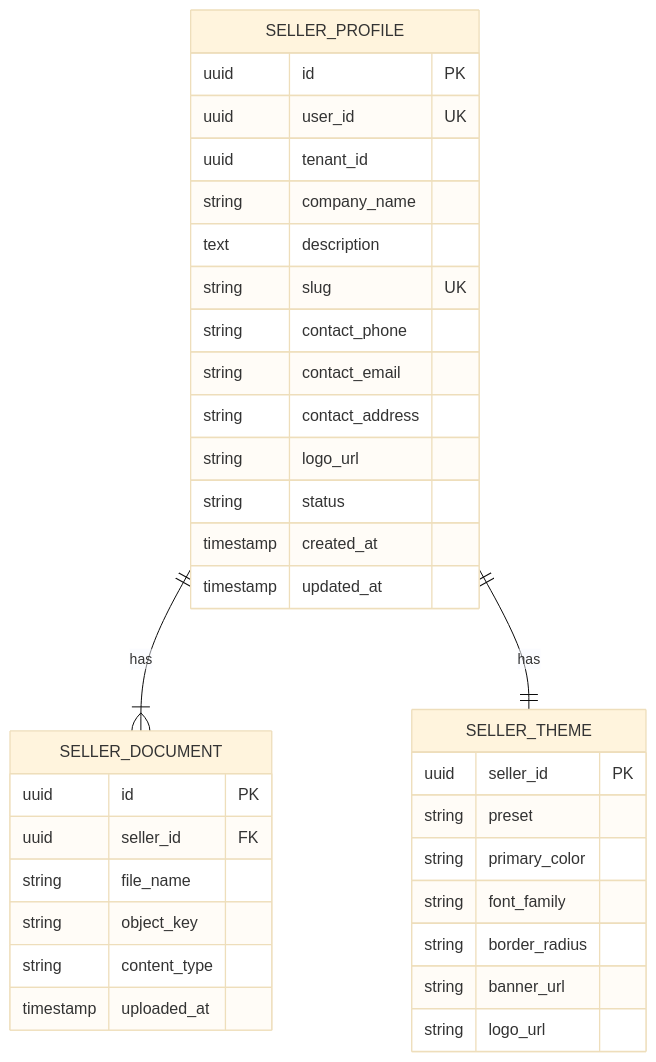
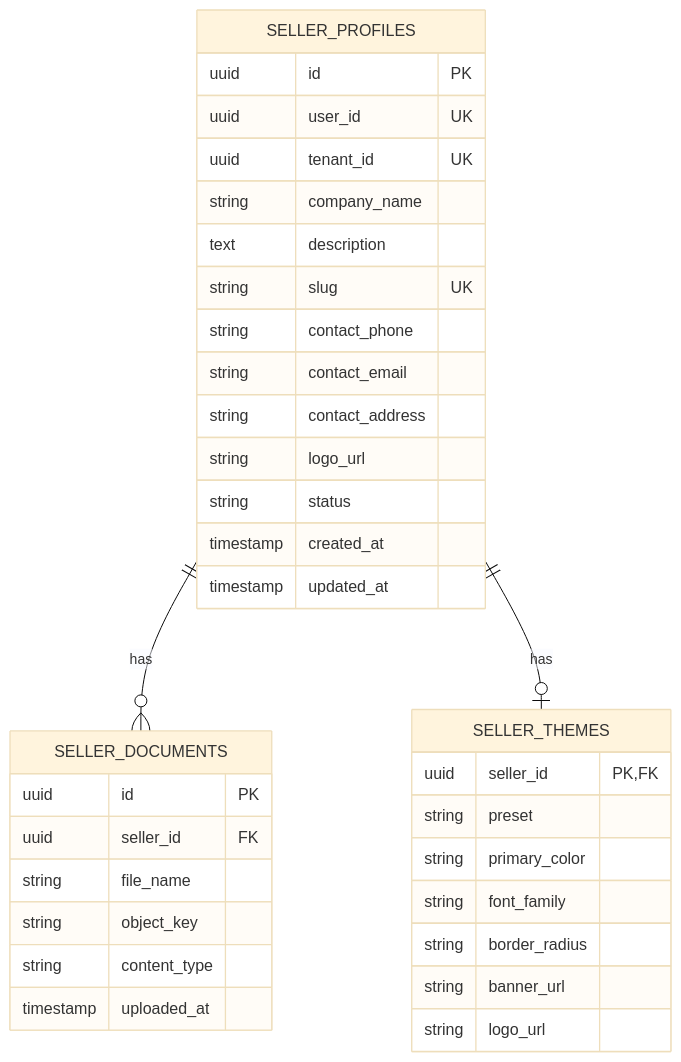
One commit to stefann5/marketplace changed the diagram in diagrams/seller-service/er-diagram.md. Above: the diagram before and after it, drawn with Mermaid (base theme). The commit also changed 13 other files, not shown here.

````diff
--- a/diagrams/seller-service/er-diagram.md
+++ b/diagrams/seller-service/er-diagram.md
@@ -3,40 +3,40 @@
 ```mermaid
 erDiagram
-    SELLER_PROFILE {
+    SELLER_PROFILES {
         uuid id PK
         uuid user_id UK
-        uuid tenant_id
+        uuid tenant_id UK
         string company_name
         text description
         string slug UK
         string contact_phone
         string contact_email
         string contact_address
         string logo_url
         string status
         timestamp created_at
         timestamp updated_at
     }
 
-    SELLER_DOCUMENT {
+    SELLER_DOCUMENTS {
         uuid id PK
         uuid seller_id FK
         string file_name
         string object_key
         string content_type
         timestamp uploaded_at
     }
 
-    SELLER_THEME {
-        uuid seller_id PK
+    SELLER_THEMES {
+        uuid seller_id PK, FK
         string preset
         string primary_color
         string font_family
         string border_radius
         string banner_url
         string logo_url
     }
 
-    SELLER_PROFILE ||--|{ SELLER_DOCUMENT : "has"
-    SELLER_PROFILE ||--|| SELLER_THEME : "has"
+    SELLER_PROFILES ||--o{ SELLER_DOCUMENTS : "has"
+    SELLER_PROFILES ||--o| SELLER_THEMES : "has"
 ```
````
